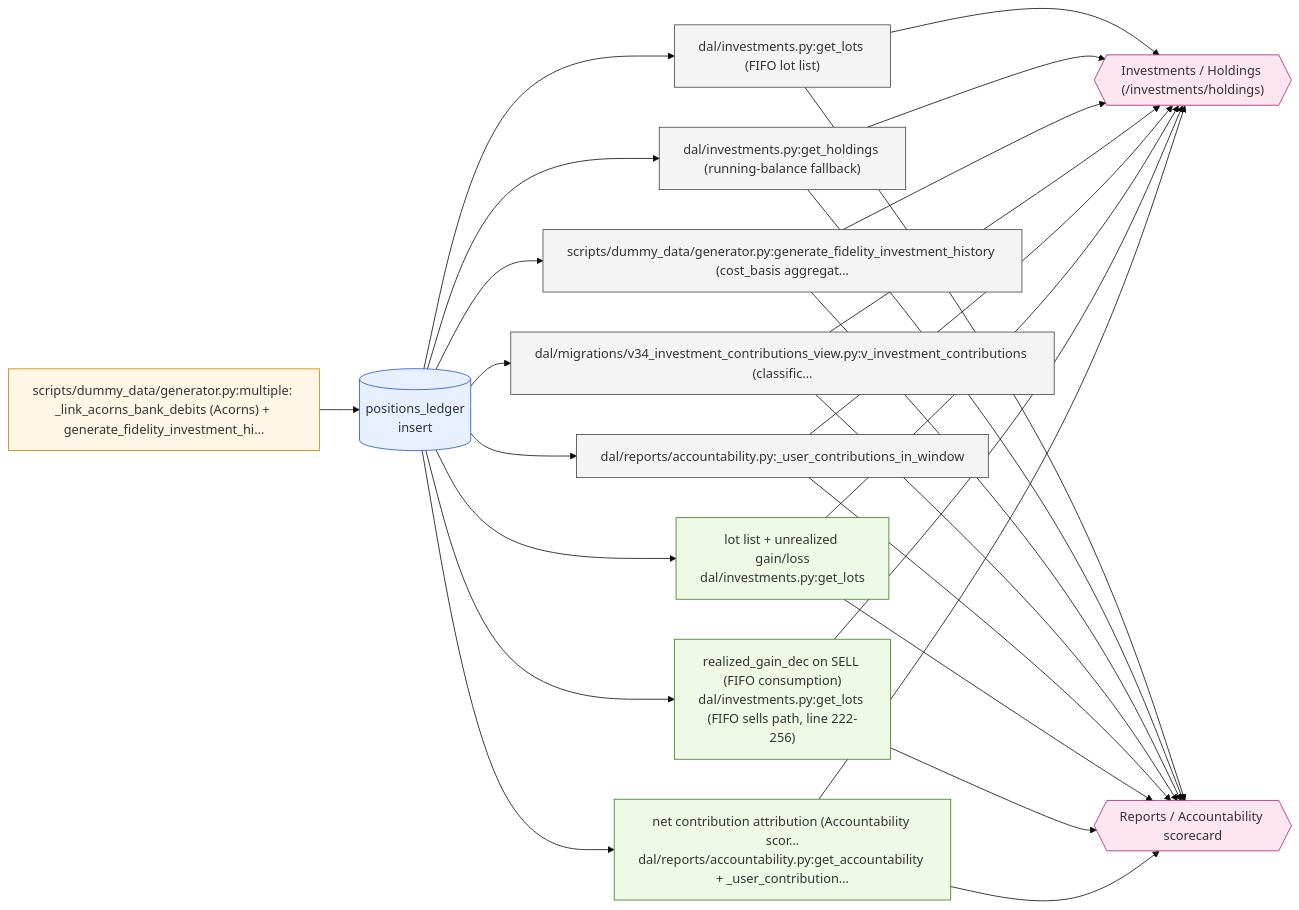
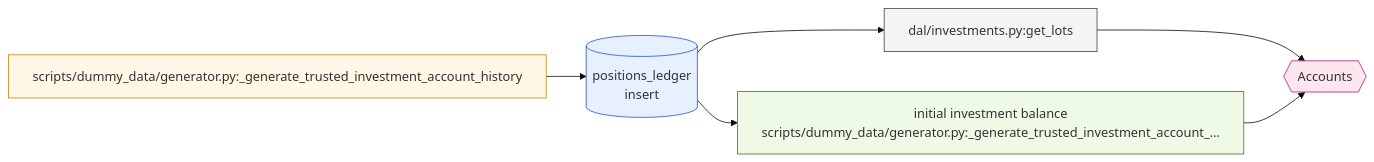
Before and after one commit to wileyqe/Sentry-Finance: the diagram in docs/data-lineage/diagrams/tax_lot_initial.mmd, drawn with Mermaid (base theme). The commit also changed 44 other files, not shown here.

```diff
--- a/docs/data-lineage/diagrams/tax_lot_initial.mmd
+++ b/docs/data-lineage/diagrams/tax_lot_initial.mmd
@@ -1,53 +1,26 @@
 %% Auto-generated by build_diagrams.py — do not edit by hand.
-%% Event: tax_lot_initial (class: external_force)
-%% Tax-lot initial baseline (INITIAL_BASELINE)
+%% Event: tax_lot_initial (class: system_derived)
+%% Initial tax-lot baseline
 graph LR
-  origin["scripts/dummy_data/generator.py:multiple: _link_acorns_bank_debits (Acorns) + generate_fidelity_investment_hi…"]
+  origin["scripts/dummy_data/generator.py:_generate_trusted_investment_account_history"]
   tbl_positions_ledger[("positions_ledger<br/>insert")]
   origin --> tbl_positions_ledger
-  dc0_get_lots_FIFO_lot_list["dal/investments.py:get_lots (FIFO lot list)"]
-  dc1_get_holdings_running_balance_fallback["dal/investments.py:get_holdings (running-balance fallback)"]
-  dc2_generate_fidelity_investment_history_cost_basis_aggregat["scripts/dummy_data/generator.py:generate_fidelity_investment_history (cost_basis aggregat…"]
-  dc3_v_investment_contributions_classification["dal/migrations/v34_investment_contributions_view.py:v_investment_contributions (classific…"]
-  dc4_user_contributions_in_window["dal/reports/accountability.py:_user_contributions_in_window"]
-  dv0_lot_list_unrealized_gain_loss["lot list + unrealized gain/loss<br/>dal/investments.py:get_lots"]
-  dv1_realized_gain_dec_on_SELL_FIFO_consumption["realized_gain_dec on SELL (FIFO consumption)<br/>dal/investments.py:get_lots (FIFO sells path, line 222-256)"]
-  dv2_net_contribution_attribution_Accountability_scorecard["net contribution attribution (Accountability scor…<br/>dal/reports/accountability.py:get_accountability + _user_contribution…"]
-  tbl_positions_ledger --> dc0_get_lots_FIFO_lot_list
-  tbl_positions_ledger --> dc1_get_holdings_running_balance_fallback
-  tbl_positions_ledger --> dc2_generate_fidelity_investment_history_cost_basis_aggregat
-  tbl_positions_ledger --> dc3_v_investment_contributions_classification
-  tbl_positions_ledger --> dc4_user_contributions_in_window
-  tbl_positions_ledger --> dv0_lot_list_unrealized_gain_loss
-  tbl_positions_ledger --> dv1_realized_gain_dec_on_SELL_FIFO_consumption
-  tbl_positions_ledger --> dv2_net_contribution_attribution_Accountability_scorecard
-  ui0_Investments_Holdings_investments_holdings{{"Investments / Holdings (/investments/holdings)"}}
-  ui1_Reports_Accountability_scorecard{{"Reports / Accountability scorecard"}}
-  dc0_get_lots_FIFO_lot_list --> ui0_Investments_Holdings_investments_holdings
-  dc1_get_holdings_running_balance_fallback --> ui0_Investments_Holdings_investments_holdings
-  dc2_generate_fidelity_investment_history_cost_basis_aggregat --> ui0_Investments_Holdings_investments_holdings
-  dc3_v_investment_contributions_classification --> ui0_Investments_Holdings_investments_holdings
-  dc4_user_contributions_in_window --> ui0_Investments_Holdings_investments_holdings
-  dv0_lot_list_unrealized_gain_loss --> ui0_Investments_Holdings_investments_holdings
-  dv1_realized_gain_dec_on_SELL_FIFO_consumption --> ui0_Investments_Holdings_investments_holdings
-  dv2_net_contribution_attribution_Accountability_scorecard --> ui0_Investments_Holdings_investments_holdings
-  dc0_get_lots_FIFO_lot_list --> ui1_Reports_Accountability_scorecard
-  dc1_get_holdings_running_balance_fallback --> ui1_Reports_Accountability_scorecard
-  dc2_generate_fidelity_investment_history_cost_basis_aggregat --> ui1_Reports_Accountability_scorecard
-  dc3_v_investment_contributions_classification --> ui1_Reports_Accountability_scorecard
-  dc4_user_contributions_in_window --> ui1_Reports_Accountability_scorecard
-  dv0_lot_list_unrealized_gain_loss --> ui1_Reports_Accountability_scorecard
-  dv1_realized_gain_dec_on_SELL_FIFO_consumption --> ui1_Reports_Accountability_scorecard
-  dv2_net_contribution_attribution_Accountability_scorecard --> ui1_Reports_Accountability_scorecard
+  dc0_get_lots["dal/investments.py:get_lots"]
+  dv0_initial_investment_balance["initial investment balance<br/>scripts/dummy_data/generator.py:_generate_trusted_investment_account_…"]
+  tbl_positions_ledger --> dc0_get_lots
+  tbl_positions_ledger --> dv0_initial_investment_balance
+  ui0_Accounts{{"Accounts"}}
+  dc0_get_lots --> ui0_Accounts
+  dv0_initial_investment_balance --> ui0_Accounts
 
   classDef origin fill:#fff7e6,stroke:#cc8400,stroke-width:1px;
   classDef table fill:#e6f0ff,stroke:#2952cc,stroke-width:1px;
   classDef consumer fill:#f4f4f4,stroke:#444,stroke-width:1px;
   classDef derivation fill:#eef9e6,stroke:#3d7a1f,stroke-width:1px;
   classDef ui fill:#fde6f0,stroke:#a5226f,stroke-width:1px;
   classDef effect fill:#f6e6ff,stroke:#5e2a82,stroke-width:1px;
   class origin origin;
   class tbl_positions_ledger table;
-  class dc0_get_lots_FIFO_lot_list,dc1_get_holdings_running_balance_fallback,dc2_generate_fidelity_investment_history_cost_basis_aggregat,dc3_v_investment_contributions_classification,dc4_user_contributions_in_window consumer;
-  class dv0_lot_list_unrealized_gain_loss,dv1_realized_gain_dec_on_SELL_FIFO_consumption,dv2_net_contribution_attribution_Accountability_scorecard derivation;
-  class ui0_Investments_Holdings_investments_holdings,ui1_Reports_Accountability_scorecard ui;
+  class dc0_get_lots consumer;
+  class dv0_initial_investment_balance derivation;
+  class ui0_Accounts ui;
```
